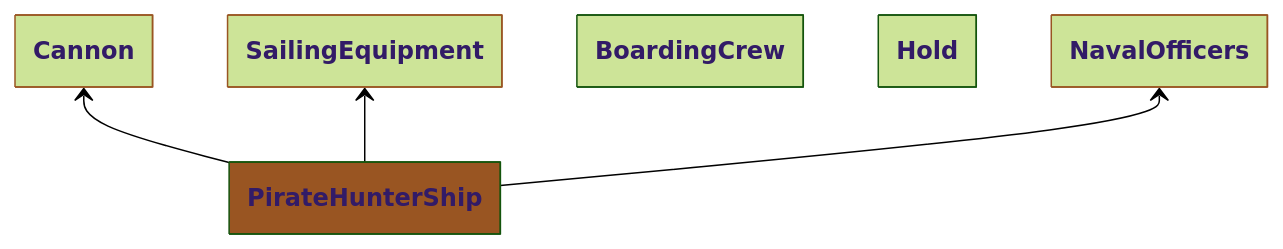
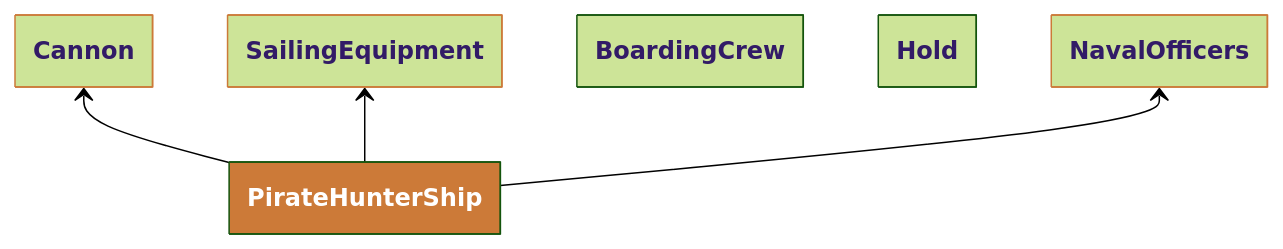
Before and after one commit to lewisbar/lewisbar.github.io: the seventh of 10 diagrams in _posts/2025-08-29-Composite Reuse Principle.md, drawn with Mermaid (forest theme). The commit also changed other lines of this file, not shown here.

Commit message:
Improve Mermaid colors to look good in light and dark mode

````diff
--- a/_posts/2025-08-29-Composite Reuse Principle.md
+++ b/_posts/2025-08-29-Composite Reuse Principle.md
@@ -506,20 +506,20 @@
 ```mermaid
 ---
 config:
     class:
         hideEmptyMembersBox: true
 ---
 classDiagram
     class Cannon:::picked
     class SailingEquipment:::picked
     class BoardingCrew
     class Hold
     class NavalOfficers:::picked
     class PirateHunterShip
-    style PirateHunterShip fill:#952
-    classDef picked stroke:#952
+    style PirateHunterShip fill:#CC7A38,color:white
+    classDef picked stroke:#CC7A38
 
     Cannon <-- PirateHunterShip
     SailingEquipment <-- PirateHunterShip
     NavalOfficers <-- PirateHunterShip
 ```
````
